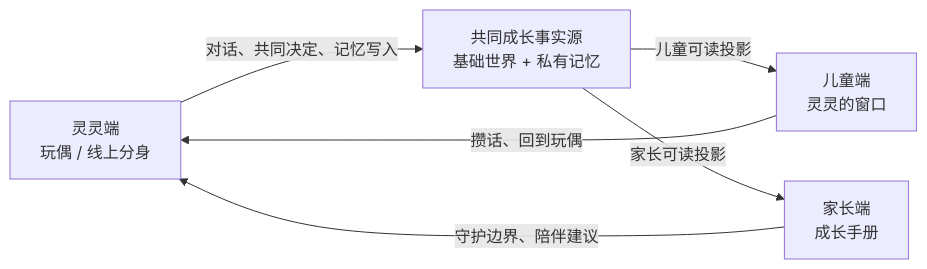
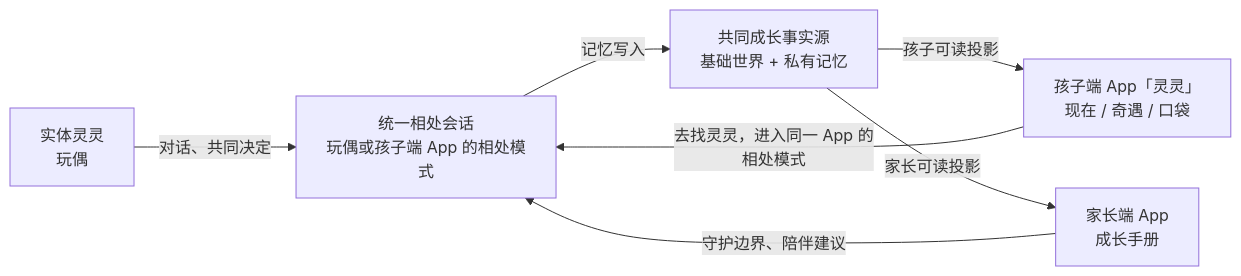
The diagram in Ling-产品设计文档.md (owling-ai/ling), drawn with Mermaid before and after one commit. The commit also changed other lines of this file and 8 other files, not shown here.

````diff
--- a/Ling-产品设计文档.md
+++ b/Ling-产品设计文档.md
@@ -22,8 +22,9 @@
 ```mermaid
 flowchart LR
-  D["灵灵端\n玩偶 / 线上分身"] -->|"对话、共同决定、记忆写入"| M["共同成长事实源\n基础世界 + 私有记忆"]
-  M -->|"儿童可读投影"| C["儿童端\n灵灵的窗口"]
-  M -->|"家长可读投影"| P["家长端\n成长手册"]
-  C -->|"攒话、回到玩偶"| D
-  P -->|"守护边界、陪伴建议"| D
+  D["实体灵灵\n玩偶"] -->|"对话、共同决定"| S["统一相处会话\n玩偶或孩子端 App 的相处模式"]
+  S -->|"记忆写入"| M["共同成长事实源\n基础世界 + 私有记忆"]
+  M -->|"孩子可读投影"| C["孩子端 App「灵灵」\n现在 / 奇遇 / 口袋"]
+  M -->|"家长可读投影"| P["家长端 App\n成长手册"]
+  C -->|"去找灵灵，进入同一 App 的相处模式"| S
+  P -->|"守护边界、陪伴建议"| S
 ```
````
